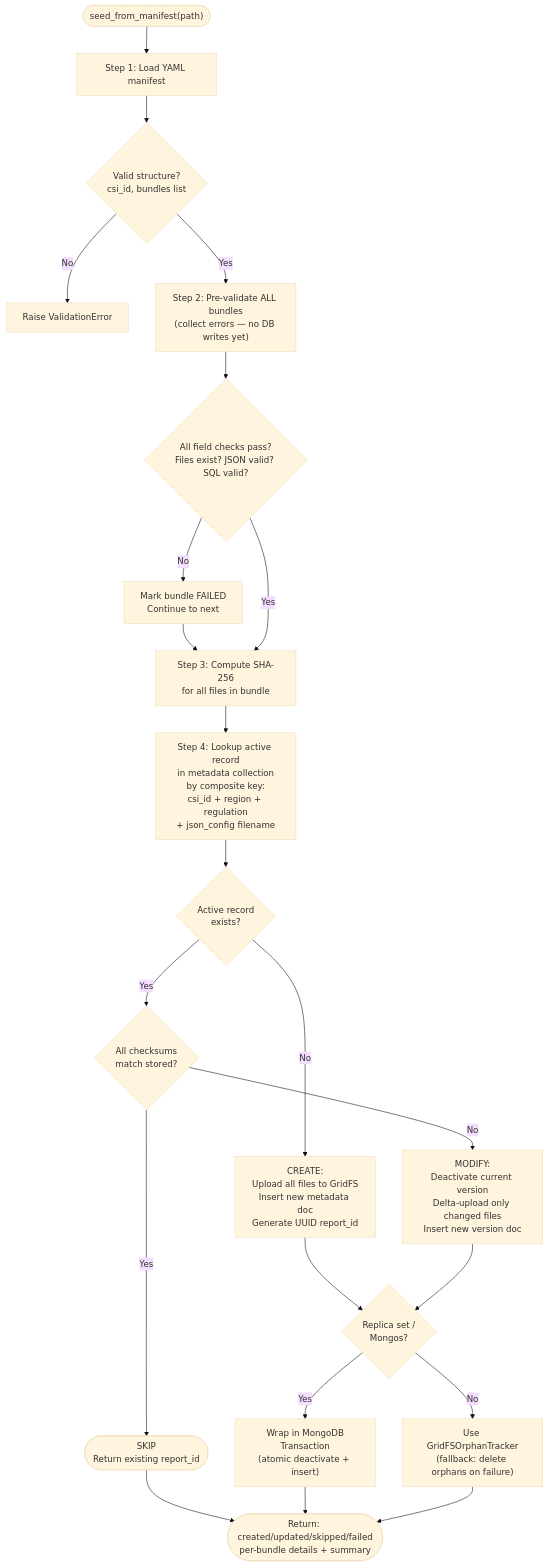
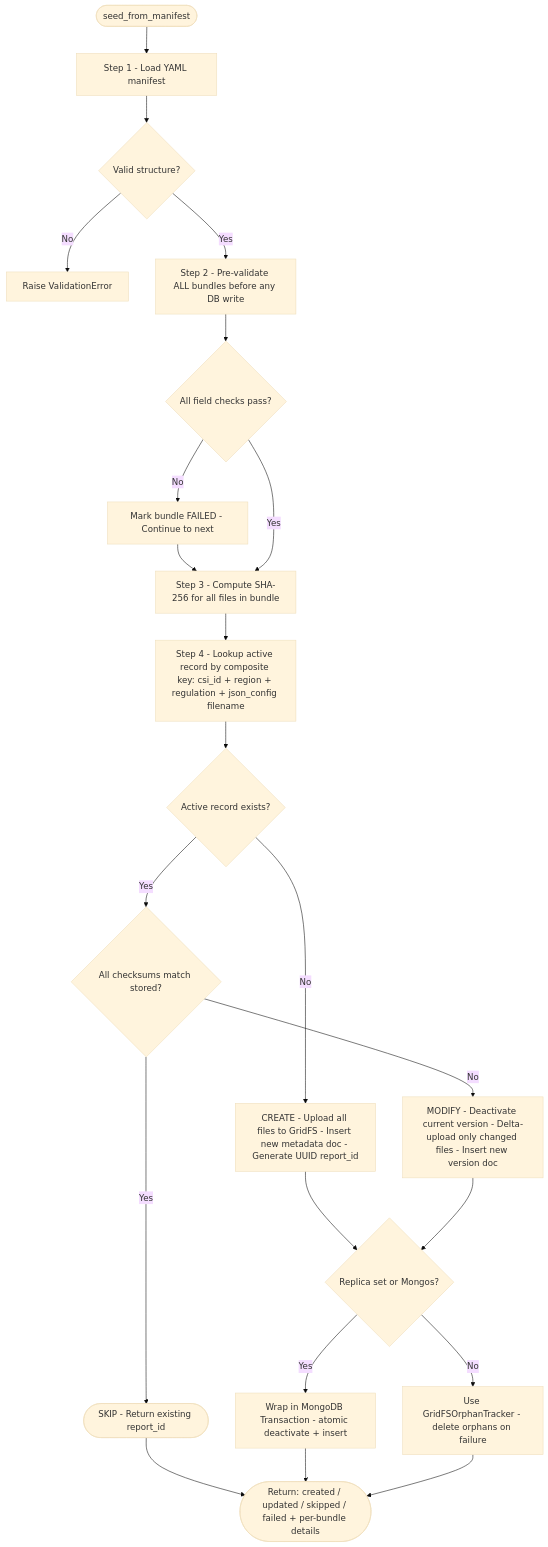
Before and after one commit to uktentu/mongo_file_manager: the second of 10 diagrams in DIAGRAMS.md, drawn with Mermaid (base theme). The commit also changed other lines of this file, not shown here.

First line of the commit message:
fix: remove all backslash-n from Mermaid node labels in DIAGRAMS.md

````diff
--- a/DIAGRAMS.md
+++ b/DIAGRAMS.md
@@ -64,44 +64,44 @@
 ```mermaid
 flowchart TD
-    START(["seed_from_manifest(path)"])
+    START(["seed_from_manifest"])
 
-    S1["Step 1: Load YAML manifest"]
-    S1V{"Valid structure?\ncsi_id, bundles list"}
+    S1["Step 1 - Load YAML manifest"]
+    S1V{"Valid structure?"}
     S1E["Raise ValidationError"]
 
-    S2["Step 2: Pre-validate ALL bundles\n(collect errors — no DB writes yet)"]
-    S2V{"All field checks pass?\nFiles exist? JSON valid? SQL valid?"}
-    S2F["Mark bundle FAILED\nContinue to next"]
+    S2["Step 2 - Pre-validate ALL bundles before any DB write"]
+    S2V{"All field checks pass?"}
+    S2F["Mark bundle FAILED - Continue to next"]
 
-    S3["Step 3: Compute SHA-256\nfor all files in bundle"]
-    S4["Step 4: Lookup active record\nin metadata collection\nby composite key:\ncsi_id + region + regulation\n+ json_config filename"]
+    S3["Step 3 - Compute SHA-256 for all files in bundle"]
+    S4["Step 4 - Lookup active record by composite key: csi_id + region + regulation + json_config filename"]
 
-    EXIST{"Active record\nexists?"}
+    EXIST{"Active record exists?"}
 
-    SKIP{"All checksums\nmatch stored?"}
-    SK(["SKIP\nReturn existing report_id"])
+    SKIP{"All checksums match stored?"}
+    SK(["SKIP - Return existing report_id"])
 
-    MOD["MODIFY:\nDeactivate current version\nDelta-upload only changed files\nInsert new version doc"]
-    CR["CREATE:\nUpload all files to GridFS\nInsert new metadata doc\nGenerate UUID report_id"]
+    MOD["MODIFY - Deactivate current version - Delta-upload only changed files - Insert new version doc"]
+    CR["CREATE - Upload all files to GridFS - Insert new metadata doc - Generate UUID report_id"]
 
-    TRANS{"Replica set /\nMongos?"}
-    TXN["Wrap in MongoDB\nTransaction\n(atomic deactivate + insert)"]
-    ORP["Use GridFSOrphanTracker\n(fallback: delete orphans on failure)"]
+    TRANS{"Replica set or Mongos?"}
+    TXN["Wrap in MongoDB Transaction - atomic deactivate + insert"]
+    ORP["Use GridFSOrphanTracker - delete orphans on failure"]
 
-    DONE(["Return: created/updated/skipped/failed\nper-bundle details + summary"])
+    DONE(["Return: created / updated / skipped / failed + per-bundle details"])
 
     START --> S1 --> S1V
     S1V -- No --> S1E
     S1V -- Yes --> S2 --> S2V
     S2V -- No --> S2F --> S3
     S2V -- Yes --> S3
     S3 --> S4 --> EXIST
 
     EXIST -- No --> CR --> TRANS
     EXIST -- Yes --> SKIP
     SKIP -- Yes --> SK --> DONE
     SKIP -- No --> MOD --> TRANS
 
     TRANS -- Yes --> TXN --> DONE
     TRANS -- No --> ORP --> DONE
 ```
````
